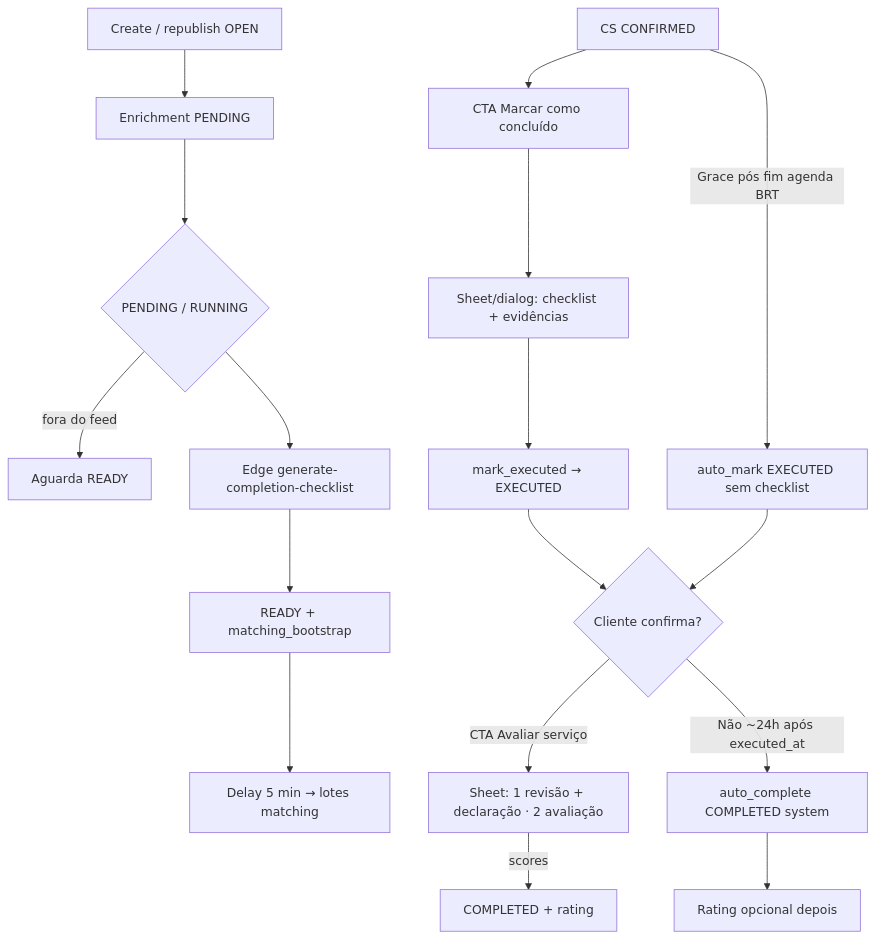
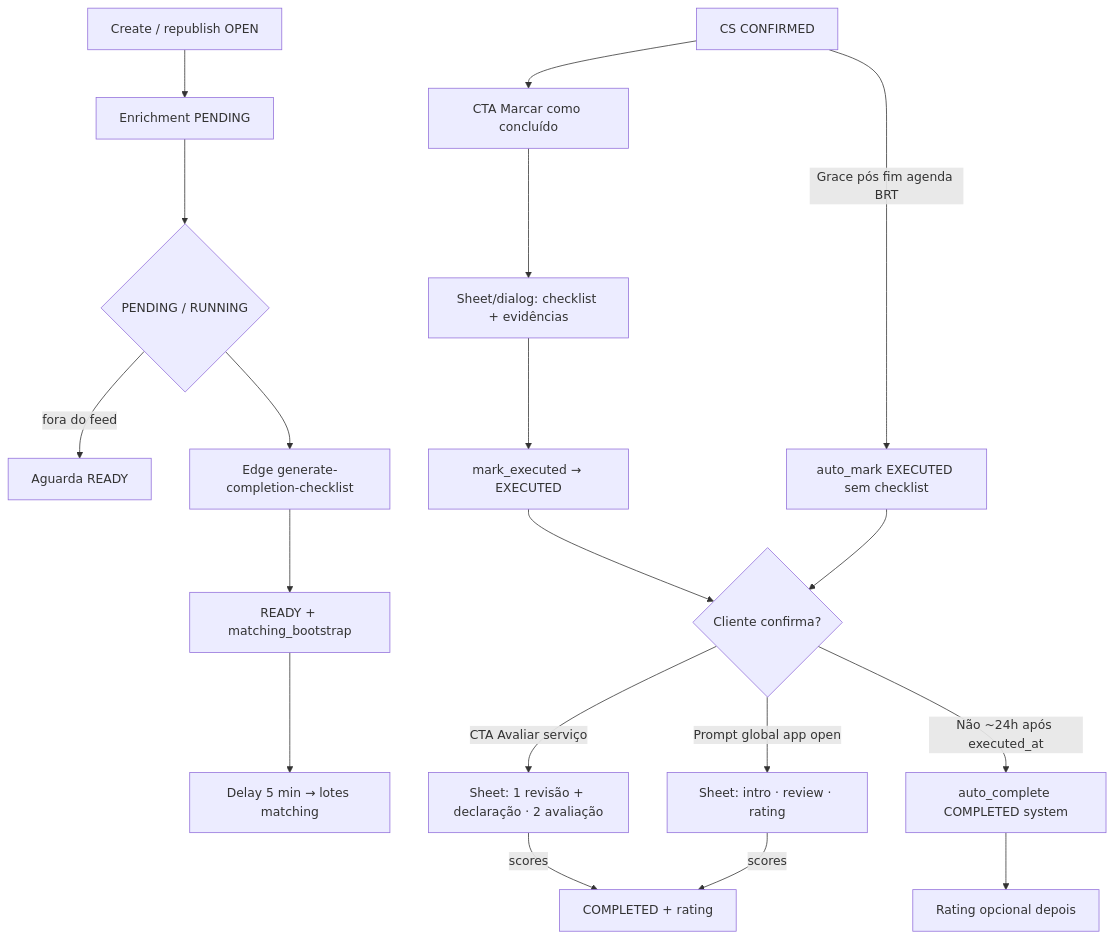
One commit to higorpo/renovi-orbit-test changed the diagram in docs/business/modulos/service-completion/features/conclusao-e-enrichment.md. Above: the diagram before and after it, drawn with Mermaid. The commit also changed other lines of this file and 39 other files, not shown here.

````diff
--- a/docs/business/modulos/service-completion/features/conclusao-e-enrichment.md
+++ b/docs/business/modulos/service-completion/features/conclusao-e-enrichment.md
@@ -48,19 +49,21 @@
 ```mermaid
 flowchart TD
   A[Create / republish OPEN] --> B[Enrichment PENDING]
   B --> C{PENDING / RUNNING}
   C -->|fora do feed| C2[Aguarda READY]
   C --> E[Edge generate-completion-checklist]
   E --> F[READY + matching_bootstrap]
   F --> G[Delay 5 min → lotes matching]
   H[CS CONFIRMED] --> I[CTA Marcar como concluído]
   I --> I2[Sheet/dialog: checklist + evidências]
   I2 --> J[mark_executed → EXECUTED]
   H -->|Grace pós fim agenda BRT| J2[auto_mark EXECUTED sem checklist]
   J --> K{Cliente confirma?}
   J2 --> K
   K -->|CTA Avaliar serviço| K2[Sheet: 1 revisão + declaração · 2 avaliação]
+  K -->|Prompt global app open| K3[Sheet: intro · review · rating]
   K2 -->|scores| L[COMPLETED + rating]
+  K3 -->|scores| L
   K -->|Não ~24h após executed_at| M[auto_complete COMPLETED system]
   M --> N[Rating opcional depois]
 ```
````
